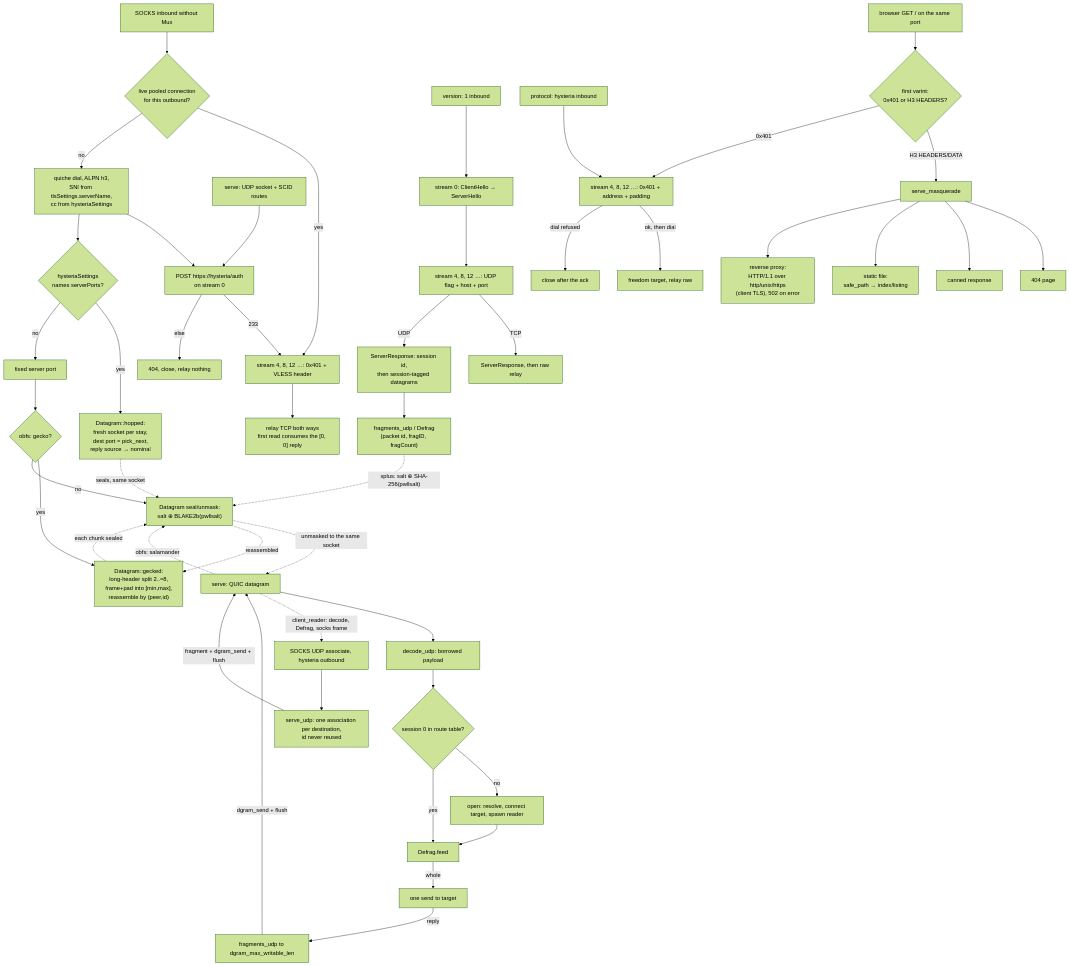
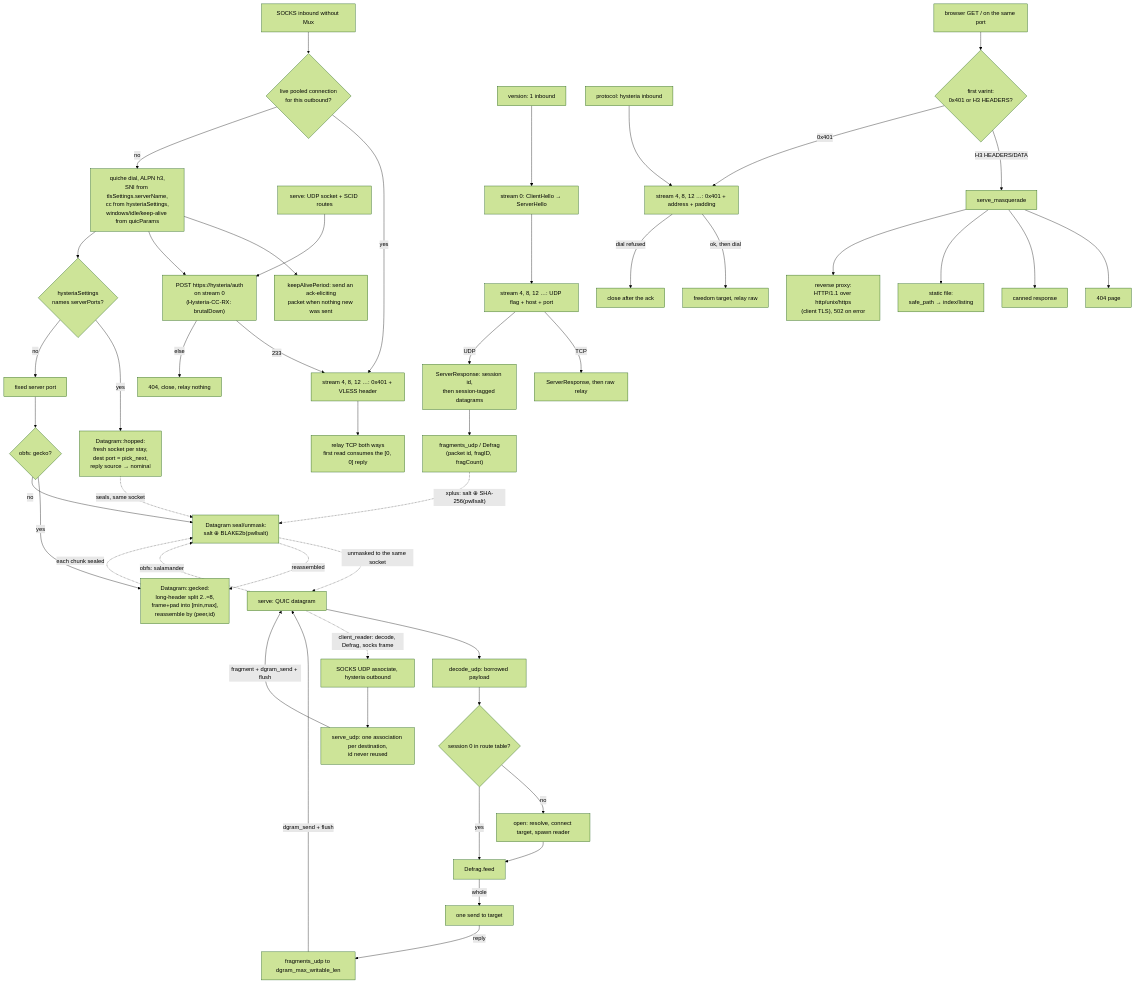
Before and after one commit to Ferrocite/ferrox: the diagram in docs/function/carrier-hysteria.md, drawn with Mermaid (forest theme). The commit also changed other lines of this file and 6 other files, not shown here.

````diff
--- a/docs/function/carrier-hysteria.md
+++ b/docs/function/carrier-hysteria.md
@@ -21,49 +23,50 @@
 ```mermaid
 graph TD
     S["SOCKS inbound without Mux"] --> P{"live pooled connection<br/>for this outbound?"}
     P -- yes --> F["stream 4, 8, 12 …: 0x401 + VLESS header"]
-    P -- no --> D["quiche dial, ALPN h3,<br/>SNI from tlsSettings.serverName,<br/>cc from hysteriaSettings"]
-    D --> A["POST https://hysteria/auth<br/>on stream 0"]
+    P -- no --> D["quiche dial, ALPN h3,<br/>SNI from tlsSettings.serverName,<br/>cc from hysteriaSettings,<br/>windows/idle/keep-alive from quicParams"]
+    D --> KA["keepAlivePeriod: send an ack-eliciting<br/>packet when nothing new was sent"]
+    D --> A["POST https://hysteria/auth<br/>on stream 0<br/>(Hysteria-CC-RX: brutalDown)"]
     A -- 233 --> F
     F --> R["relay TCP both ways<br/>first read consumes the [0, 0] reply"]
     A -- else --> X["404, close, relay nothing"]
     H["serve: UDP socket + SCID routes"] --> A
     V1["version: 1 inbound"] --> VH["stream 0: ClientHello → ServerHello"]
     VH --> VF["stream 4, 8, 12 …: UDP flag + host + port"]
     VF -- "TCP" --> VT["ServerResponse, then raw relay"]
     VF -- "UDP" --> VU["ServerResponse: session id,<br/>then session-tagged datagrams"]
     VU --> VD["fragments_udp / Defrag<br/>(packet id, fragID, fragCount)"]
     VD -. "xplus: salt ⊕ SHA-256(pw‖salt)" .-> M
     P2["protocol: hysteria inbound"] --> Q["stream 4, 8, 12 …: 0x401 + address + padding"]
     Q -- "ok, then dial" --> T["freedom target, relay raw"]
     Q -- "dial refused" --> C["close after the ack"]
     G["serve: QUIC datagram"] --> D2["decode_udp: borrowed payload"]
     G -. "obfs: salamander" .-> M["Datagram seal/unmask:<br/>salt ⊕ BLAKE2b(pw‖salt)"]
     M -. "unmasked to the same socket" .-> G
     D2 --> E2{"session 0 in route table?"}
     E2 -- no --> O["open: resolve, connect target, spawn reader"]
     E2 -- yes --> F2["Defrag.feed"]
     O --> F2
     F2 -- whole --> U["one send to target"]
     U -- "reply " --> V["fragments_udp to dgram_max_writable_len"]
     V -- "dgram_send + flush" --> G
     W["SOCKS UDP associate, hysteria outbound"] --> N["serve_udp: one association per destination,<br/>id never reused"]
     N -- "fragment + dgram_send + flush" --> G
     G -. "client_reader: decode, Defrag, socks frame" .-> W
     B["browser GET / on the same port"] --> MS{"first varint:<br/>0x401 or H3 HEADERS?"}
     MS -- "H3 HEADERS/DATA" --> SM["serve_masquerade"]
     MS -- "0x401" --> Q
     SM --> K1["404 page"]
     SM --> K2["canned response"]
     SM --> K3["static file:<br/>safe_path → index/listing"]
     SM --> K4["reverse proxy:<br/>HTTP/1.1 over http/unix/https<br/>(client TLS), 502 on error"]
     D --> HP{"hysteriaSettings<br/>names serverPorts?"}
     HP -- "yes" --> HH["Datagram::hopped:<br/>fresh socket per stay,<br/>dest port = pick_next,<br/>reply source → nominal"]
     HP -- "no" --> HF["fixed server port"]
     HF --> GK{"obfs: gecko?"}
     GK -- "yes" --> GF["Datagram::gecked:<br/>long-header split 2..=8,<br/>frame+pad into [min,max],<br/>reassemble by (peer,id)"]
     GK -- "no" --> M
     GF -. "each chunk sealed" .-> M
     M -. "reassembled" .-> GF
     HH -. "seals, same socket" .-> M
 ```
````
